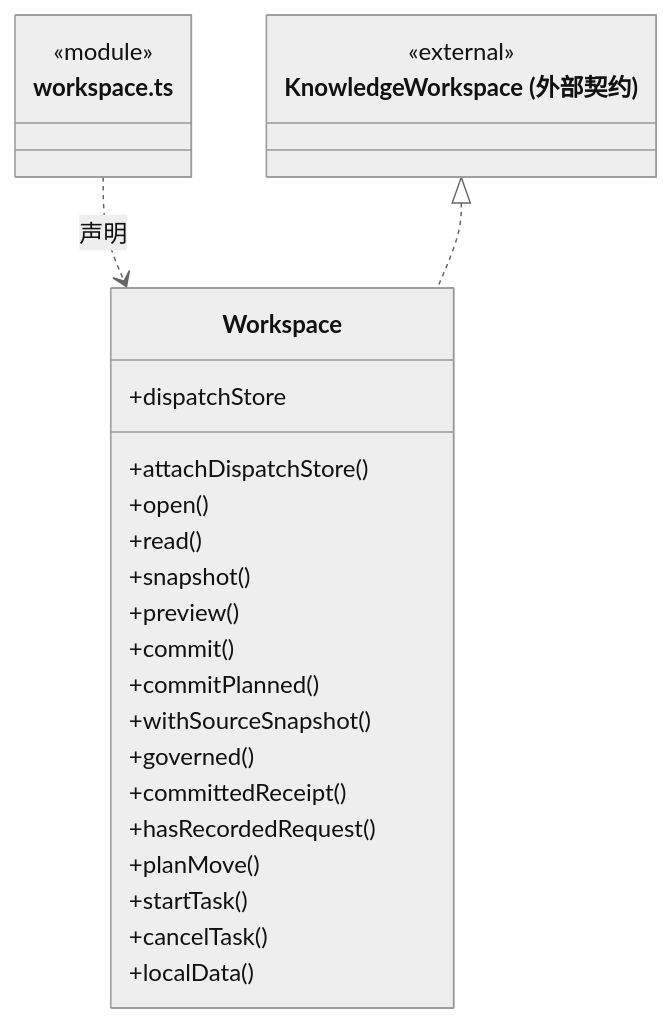
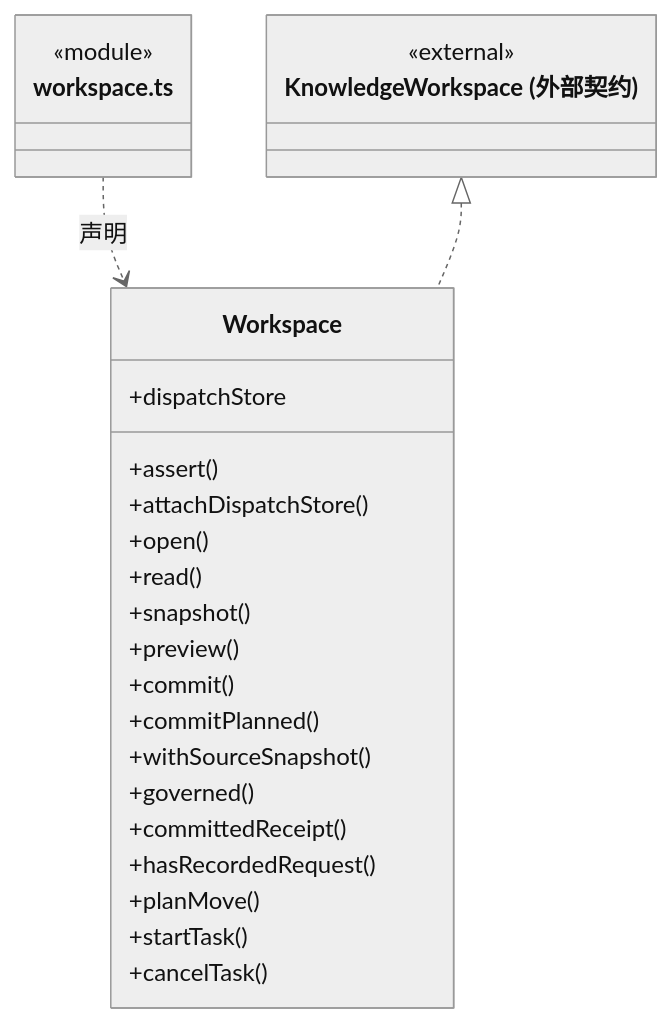
Before and after one commit to nan023062/cbim: the ninth of 12 diagrams in src/logic/workspace/service/ARCHITECTURE.md, drawn with Mermaid (neutral theme). The commit also changed other lines of this file and 139 other files, not shown here.

Commit message:
docs(architecture): add source reading paths and complete file inventories

````diff
--- a/src/logic/workspace/service/ARCHITECTURE.md
+++ b/src/logic/workspace/service/ARCHITECTURE.md
@@ -223,29 +232,29 @@
 ```mermaid
 classDiagram
 class N_src_logic_workspace_service_workspace_ts["workspace.ts"] {
   <<module>>
 }
 class N_src_logic_workspace_service_workspace_ts_Workspace["Workspace"] {
+  +assert()
   +attachDispatchStore()
   +dispatchStore
   +open()
   +read()
   +snapshot()
   +preview()
   +commit()
   +commitPlanned()
   +withSourceSnapshot()
   +governed()
   +committedReceipt()
   +hasRecordedRequest()
   +planMove()
   +startTask()
   +cancelTask()
-  +localData()
 }
 N_src_logic_workspace_service_workspace_ts ..> N_src_logic_workspace_service_workspace_ts_Workspace : 声明
 class N_src_logic_workspace_service_workspace_ts_external_KnowledgeWorkspace["KnowledgeWorkspace (外部契约)"] {
   <<external>>
 }
 N_src_logic_workspace_service_workspace_ts_external_KnowledgeWorkspace <|.. N_src_logic_workspace_service_workspace_ts_Workspace
 ```
````
